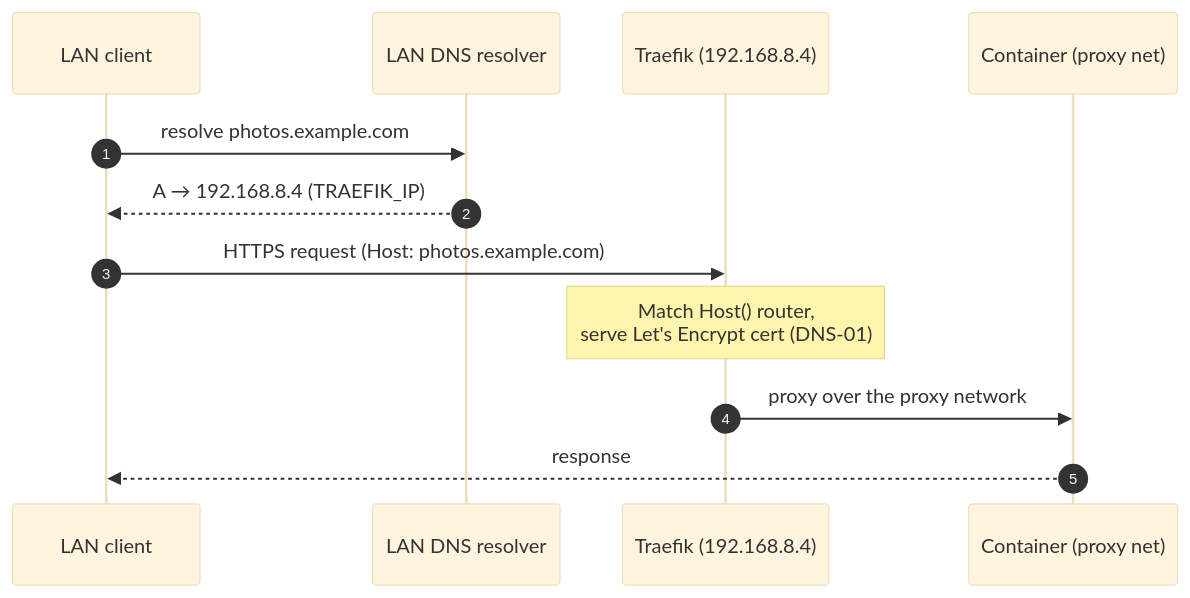
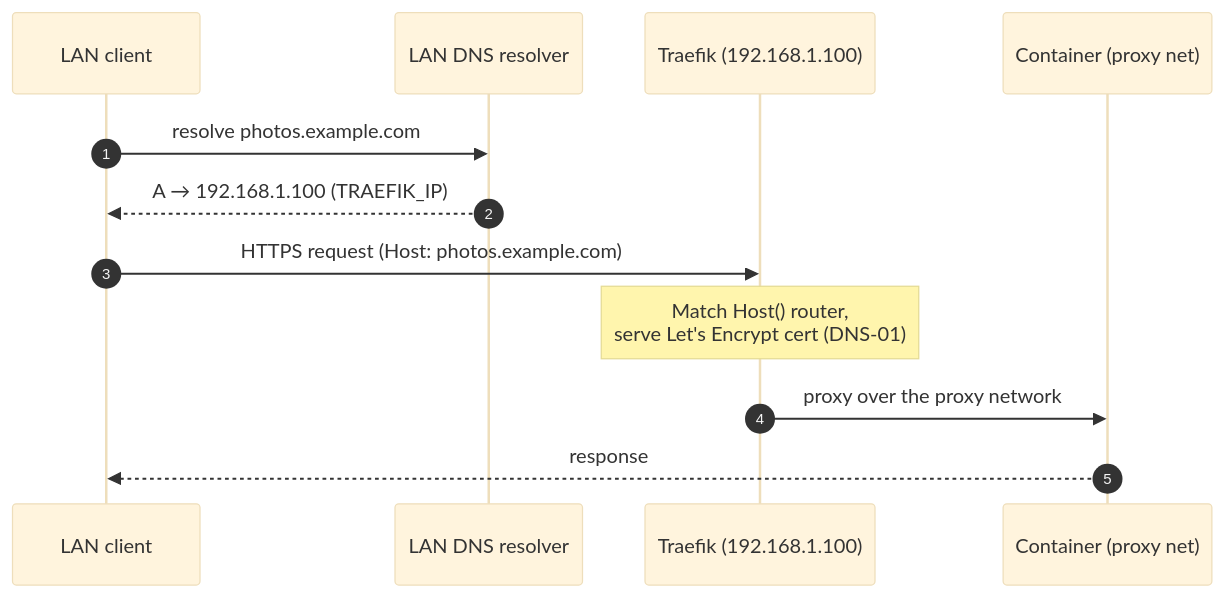
One commit to kevinteg/SyrvisCore changed the fourth of 8 diagrams in docs/wiki/03-networking.md. Above: the diagram before and after it, drawn with Mermaid (base theme). The commit also changed other lines of this file and 16 other files, not shown here.

````diff
--- a/docs/wiki/03-networking.md
+++ b/docs/wiki/03-networking.md
@@ -102,15 +102,15 @@
 ```mermaid
 sequenceDiagram
     autonumber
     participant C as LAN client
     participant DNS as LAN DNS resolver
-    participant T as Traefik (192.168.8.4)
+    participant T as Traefik (192.168.1.100)
     participant S as Container (proxy net)
 
     C->>DNS: resolve photos.example.com
-    DNS-->>C: A → 192.168.8.4  (TRAEFIK_IP)
+    DNS-->>C: A → 192.168.1.100  (TRAEFIK_IP)
     C->>T: HTTPS request (Host: photos.example.com)
     Note over T: Match Host() router,<br/>serve Let's Encrypt cert (DNS-01)
     T->>S: proxy over the proxy network
     S-->>C: response
 ```
````
